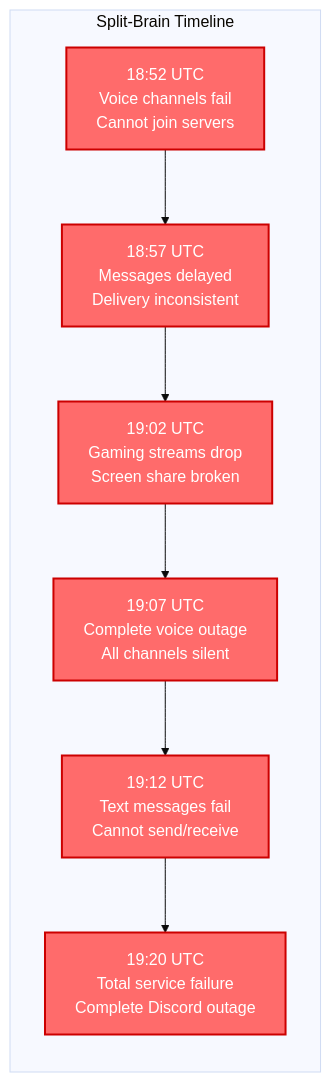
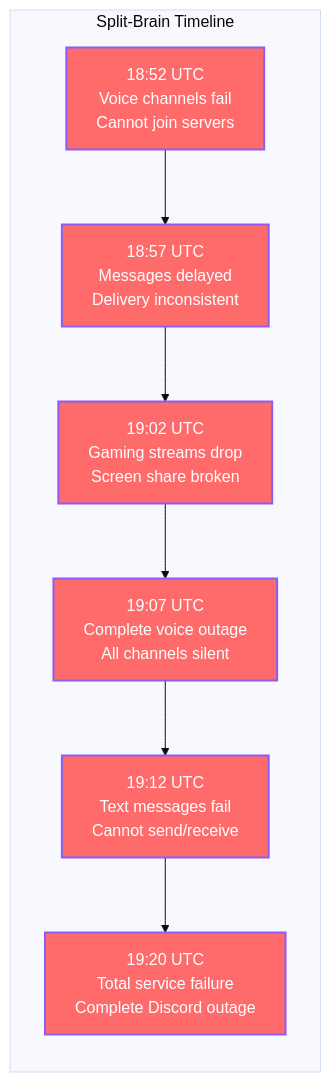
Before and after one commit to deepaucksharma/DS: the fourth of 12 diagrams in site/docs/incidents/discord-march-2024.md, drawn with Mermaid (base theme). The commit also changed other lines of this file and 303 other files, not shown here.

````diff
--- a/site/docs/incidents/discord-march-2024.md
+++ b/site/docs/incidents/discord-march-2024.md
@@ -157,16 +157,16 @@
 ```mermaid
 graph LR
     subgraph "Split-Brain Timeline"
         A[18:52 UTC<br/>Voice channels fail<br/>Cannot join servers]
         B[18:57 UTC<br/>Messages delayed<br/>Delivery inconsistent]
         C[19:02 UTC<br/>Gaming streams drop<br/>Screen share broken]
         D[19:07 UTC<br/>Complete voice outage<br/>All channels silent]
         E[19:12 UTC<br/>Text messages fail<br/>Cannot send/receive]
         F[19:20 UTC<br/>Total service failure<br/>Complete Discord outage]
     end
 
     A --> B --> C --> D --> E --> F
 
-    classDef splitBrainStyle fill:#FF6B6B,stroke:#CC0000,color:#fff,stroke-width:2px
+    classDef splitBrainStyle fill:#FF6B6B,stroke:#8B5CF6,color:#fff,stroke-width:2px
     class A,B,C,D,E,F splitBrainStyle
 ```
````
